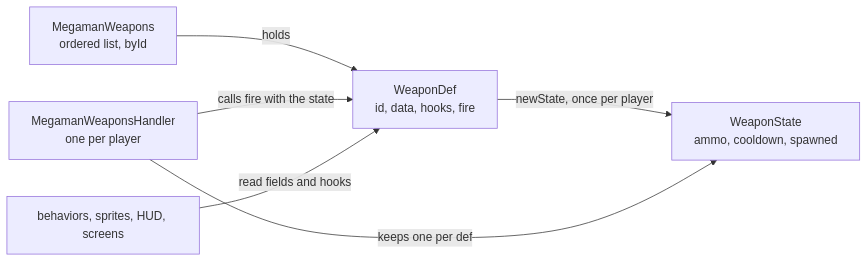
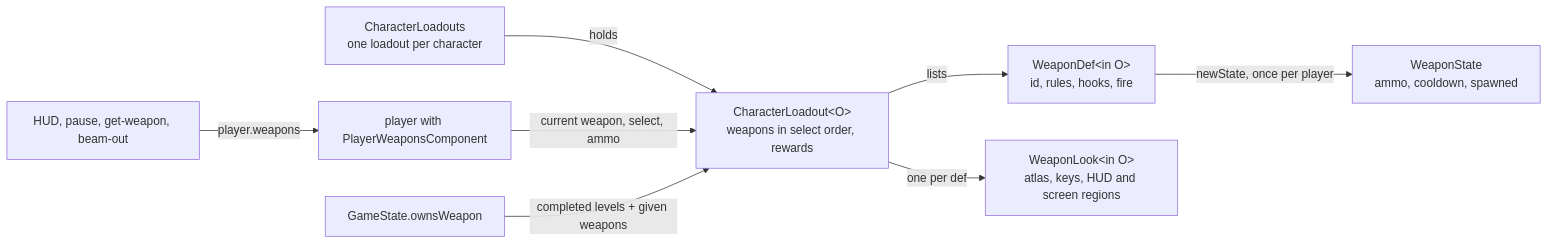
One commit to JohnLavender474/Megaman-Maverick changed the diagram in core/src/main/kotlin/com/megaman/maverick/game/weapons/README.md. Above: the diagram before and after it, drawn with Mermaid. The commit also changed other lines of this file and 59 other files, not shown here.

First line of the commit message:
refactor: 024b: a weapon loadout per character

````diff
--- a/core/src/main/kotlin/com/megaman/maverick/game/weapons/README.md
+++ b/core/src/main/kotlin/com/megaman/maverick/game/weapons/README.md
@@ -17,8 +19,10 @@
 ```mermaid
 flowchart LR
-  List["MegamanWeapons<br/>ordered list, byId"] -->|holds| Def["WeaponDef<br/>id, data, hooks, fire"]
+  Loadouts["CharacterLoadouts<br/>one loadout per character"] -->|holds| Loadout["CharacterLoadout&lt;O&gt;<br/>weapons in select order, rewards"]
+  Loadout -->|lists| Def["WeaponDef&lt;in O&gt;<br/>id, rules, hooks, fire"]
+  Loadout -->|one per def| Look["WeaponLook&lt;in O&gt;<br/>atlas, keys, HUD and screen regions"]
   Def -->|newState, once per player| State["WeaponState<br/>ammo, cooldown, spawned"]
-  Handler["MegamanWeaponsHandler<br/>one per player"] -->|keeps one per def| State
-  Handler -->|calls fire with the state| Def
-  Readers["behaviors, sprites, HUD, screens"] -->|read fields and hooks| Def
+  Player["player with PlayerWeaponsComponent"] -->|current weapon, select, ammo| Loadout
+  Screens["HUD, pause, get-weapon, beam-out"] -->|player.weapons| Player
+  Owned["GameState.ownsWeapon"] -->|completed levels + given weapons| Loadout
 ```
````
